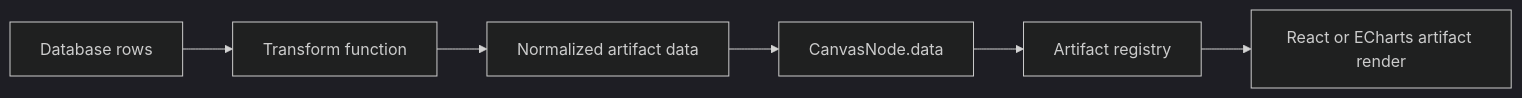
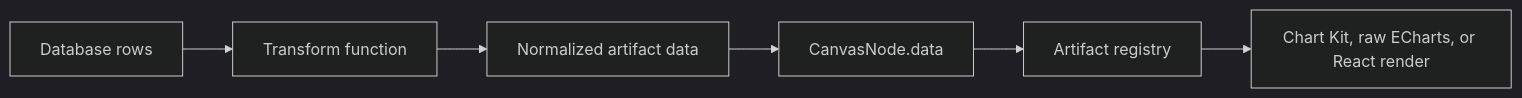
Before and after one commit to siriusctrl/freeform-artifacts: the diagram in README.md, drawn with Mermaid (dark theme). The commit also changed other lines of this file and 27 other files, not shown here.

Commit message:
feat: add managed chart kit delivery workflows (#17)

````diff
--- a/README.md
+++ b/README.md
@@ -323,8 +348,8 @@
 ```mermaid
 flowchart LR
     db["Database rows"] --> transform["Transform function"]
     transform --> artifactData["Normalized artifact data"]
     artifactData --> node["CanvasNode.data"]
     node --> registry["Artifact registry"]
-    registry --> render["React or ECharts artifact render"]
+    registry --> render["Chart Kit, raw ECharts, or React render"]
 ```
````
